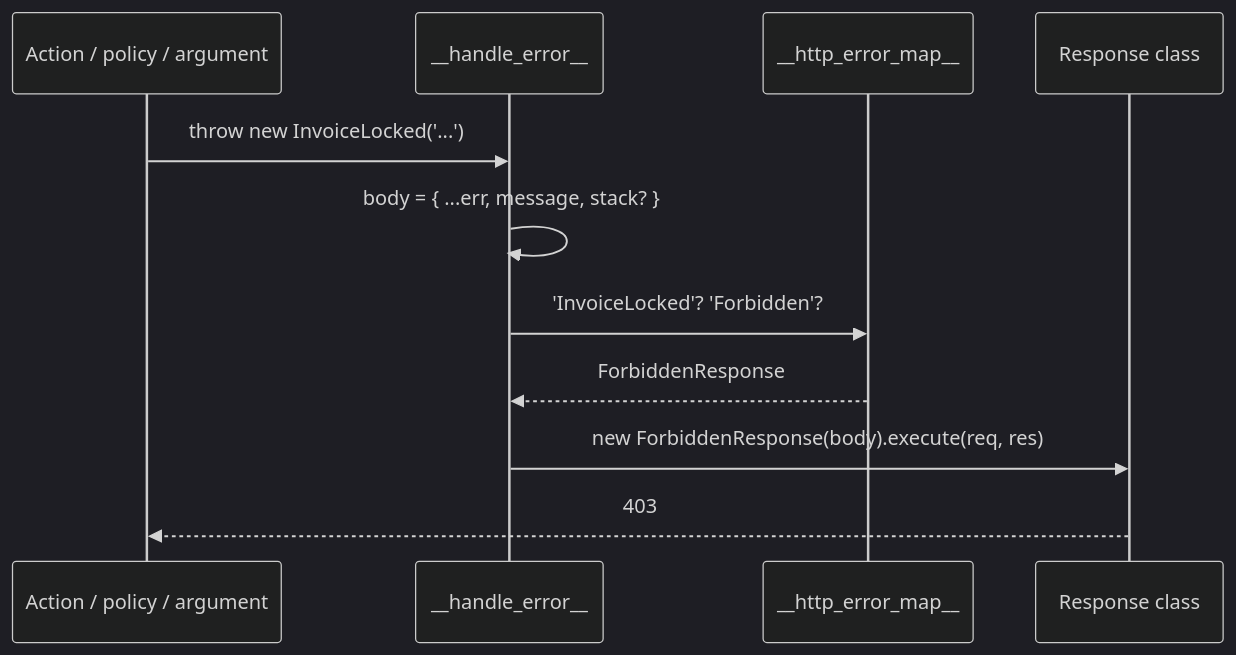
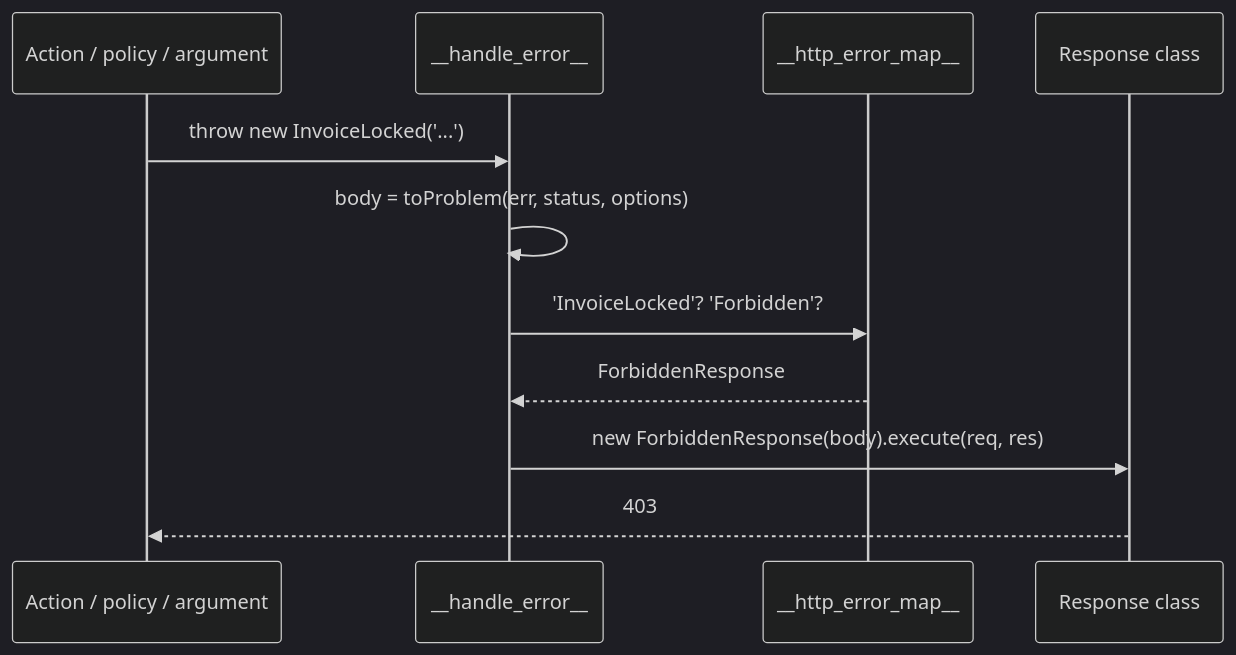
One commit to spinajs/main changed the diagram in docs/http/11-error-handling.md. Above: the diagram before and after it, drawn with Mermaid (dark theme). The commit also changed other lines of this file and 32 other files, not shown here.

````diff
--- a/docs/http/11-error-handling.md
+++ b/docs/http/11-error-handling.md
@@ -27,13 +27,13 @@
 ```mermaid
 sequenceDiagram
   participant A as Action / policy / argument
   participant H as __handle_error__
   participant M as __http_error_map__
   participant R as Response class
   A->>H: throw new InvoiceLocked('...')
-  H->>H: body = { ...err, message, stack? }
+  H->>H: body = toProblem(err, status, options)
   H->>M: 'InvoiceLocked'? 'Forbidden'?
   M-->>H: ForbiddenResponse
   H->>R: new ForbiddenResponse(body).execute(req, res)
   R-->>A: 403
 ```
````
